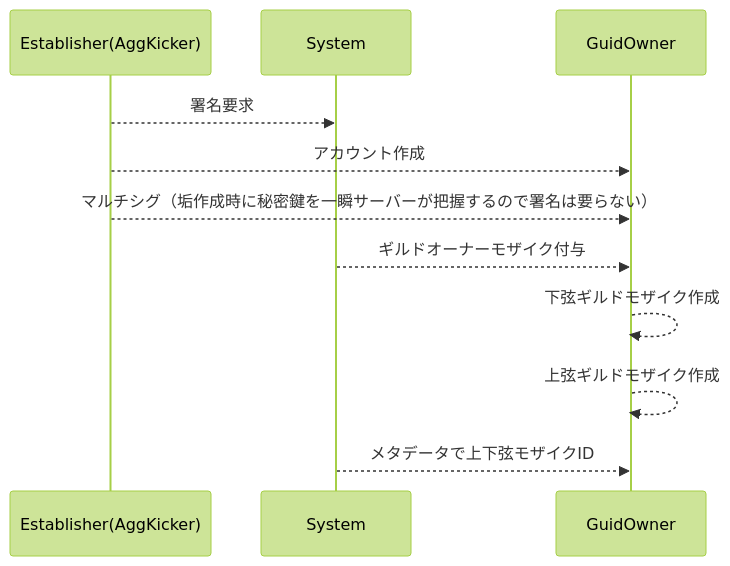
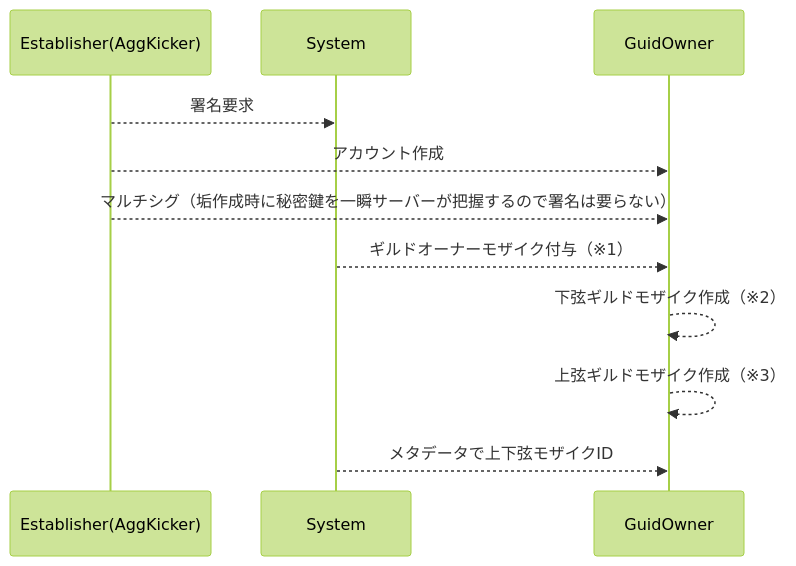
Before and after one commit to ymuichiro/decentralized-guild-contract: the third of 5 diagrams in Contracts.md, drawn with Mermaid (forest theme). The commit also changed other lines of this file, not shown here.

Commit message:
[add] ギルド設立時コントラクトフローを更新

````diff
--- a/Contracts.md
+++ b/Contracts.md
@@ -37,10 +37,10 @@
 ```mermaid
 sequenceDiagram
     Establisher(AggKicker)-->>System: 署名要求
     Establisher(AggKicker)-->>GuidOwner: アカウント作成
     Establisher(AggKicker)-->>GuidOwner: マルチシグ（垢作成時に秘密鍵を一瞬サーバーが把握するので署名は要らない）
-    System-->>GuidOwner: ギルドオーナーモザイク付与
-    GuidOwner-->>GuidOwner: 下弦ギルドモザイク作成
-    GuidOwner-->>GuidOwner: 上弦ギルドモザイク作成
+    System-->>GuidOwner: ギルドオーナーモザイク付与（※1）
+    GuidOwner-->>GuidOwner: 下弦ギルドモザイク作成（※2）
+    GuidOwner-->>GuidOwner: 上弦ギルドモザイク作成（※3）
     System-->>GuidOwner: メタデータで上下弦モザイクID
 ```
````
